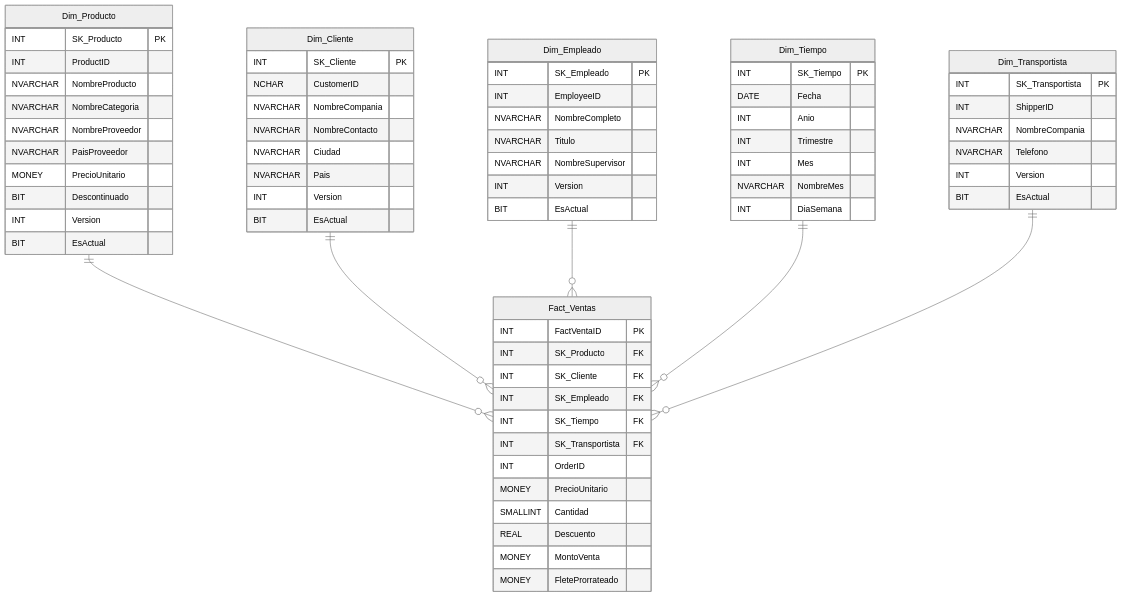
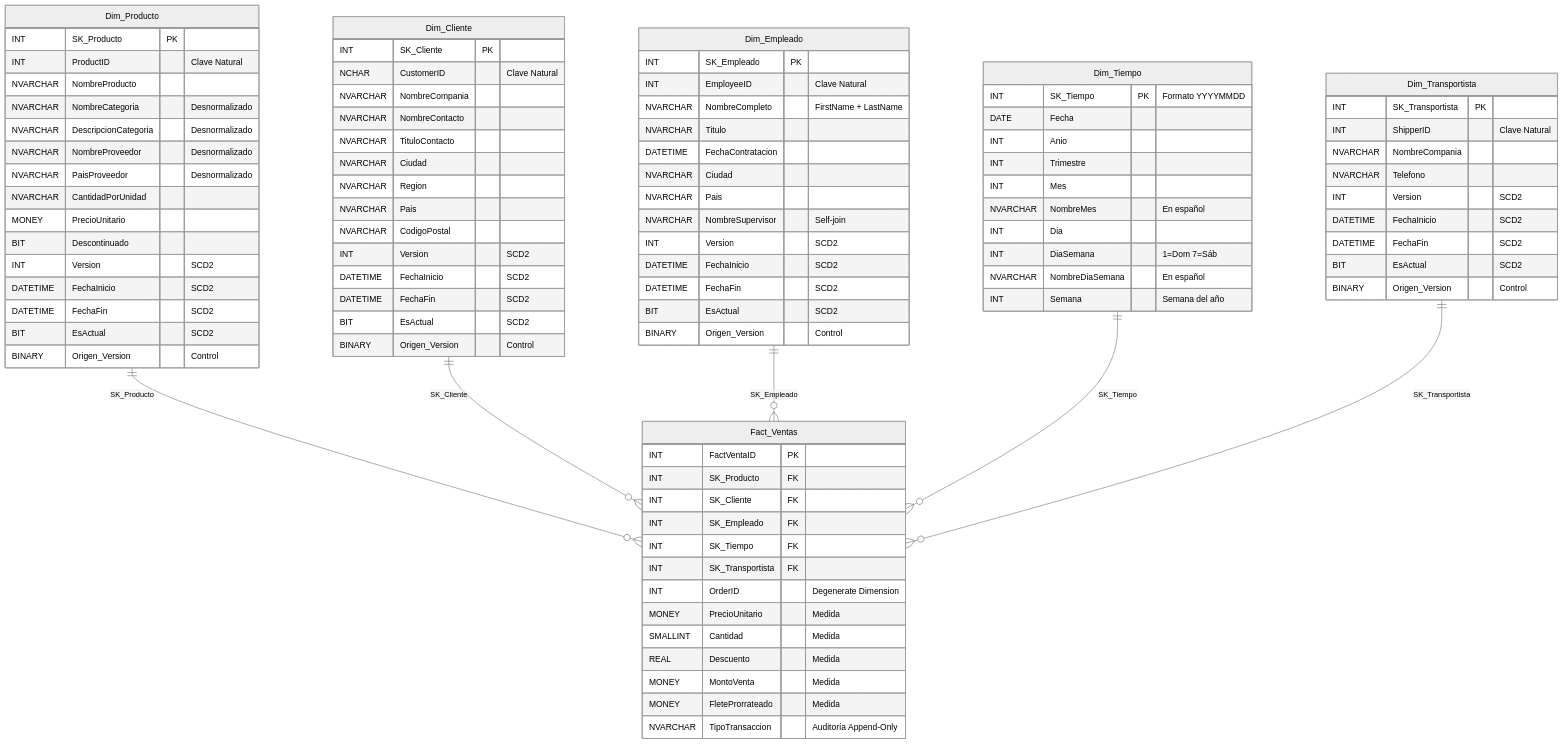
The second of 3 diagrams in README.md (halflores/NorthwindDW), drawn with Mermaid (neutral theme) before and after one commit. The commit also changed other lines of this file and 2 other files, not shown here.

````diff
--- a/README.md
+++ b/README.md
@@ -106,70 +114,94 @@
         INT SK_Empleado FK
         INT SK_Tiempo FK
         INT SK_Transportista FK
-        INT OrderID
-        MONEY PrecioUnitario
-        SMALLINT Cantidad
-        REAL Descuento
-        MONEY MontoVenta
-        MONEY FleteProrrateado
+        INT OrderID "Degenerate Dimension"
+        MONEY PrecioUnitario "Medida"
+        SMALLINT Cantidad "Medida"
+        REAL Descuento "Medida"
+        MONEY MontoVenta "Medida"
+        MONEY FleteProrrateado "Medida"
+        NVARCHAR TipoTransaccion "Auditoría Append-Only"
     }
 
     Dim_Producto {
         INT SK_Producto PK
-        INT ProductID
+        INT ProductID "Clave Natural"
         NVARCHAR NombreProducto
-        NVARCHAR NombreCategoria
-        NVARCHAR NombreProveedor
-        NVARCHAR PaisProveedor
+        NVARCHAR NombreCategoria "Desnormalizado"
+        NVARCHAR DescripcionCategoria "Desnormalizado"
+        NVARCHAR NombreProveedor "Desnormalizado"
+        NVARCHAR PaisProveedor "Desnormalizado"
+        NVARCHAR CantidadPorUnidad
         MONEY PrecioUnitario
         BIT Descontinuado
-        INT Version
-        BIT EsActual
+        INT Version "SCD2"
+        DATETIME FechaInicio "SCD2"
+        DATETIME FechaFin "SCD2"
+        BIT EsActual "SCD2"
+        BINARY Origen_Version "Control"
     }
 
     Dim_Cliente {
         INT SK_Cliente PK
-        NCHAR CustomerID
+        NCHAR CustomerID "Clave Natural"
         NVARCHAR NombreCompania
         NVARCHAR NombreContacto
+        NVARCHAR TituloContacto
         NVARCHAR Ciudad
+        NVARCHAR Region
         NVARCHAR Pais
-        INT Version
-        BIT EsActual
+        NVARCHAR CodigoPostal
+        INT Version "SCD2"
+        DATETIME FechaInicio "SCD2"
+        DATETIME FechaFin "SCD2"
+        BIT EsActual "SCD2"
+        BINARY Origen_Version "Control"
     }
 
     Dim_Empleado {
         INT SK_Empleado PK
-        INT EmployeeID
-        NVARCHAR NombreCompleto
+        INT EmployeeID "Clave Natural"
+        NVARCHAR NombreCompleto "FirstName + LastName"
         NVARCHAR Titulo
-        NVARCHAR NombreSupervisor
-        INT Version
-        BIT EsActual
+        DATETIME FechaContratacion
+        NVARCHAR Ciudad
+        NVARCHAR Pais
+        NVARCHAR NombreSupervisor "Self-join"
+        INT Version "SCD2"
+        DATETIME FechaInicio "SCD2"
+        DATETIME FechaFin "SCD2"
+        BIT EsActual "SCD2"
+        BINARY Origen_Version "Control"
     }
 
     Dim_Tiempo {
-        INT SK_Tiempo PK
+        INT SK_Tiempo PK "Formato YYYYMMDD"
         DATE Fecha
         INT Anio
         INT Trimestre
         INT Mes
-        NVARCHAR NombreMes
-        INT DiaSemana
+        NVARCHAR NombreMes "En español"
+        INT Dia
+        INT DiaSemana "1=Dom 7=Sáb"
+        NVARCHAR NombreDiaSemana "En español"
+        INT Semana "Semana del año"
     }
 
     Dim_Transportista {
         INT SK_Transportista PK
-        INT ShipperID
+        INT ShipperID "Clave Natural"
         NVARCHAR NombreCompania
         NVARCHAR Telefono
-        INT Version
-        BIT EsActual
+        INT Version "SCD2"
+        DATETIME FechaInicio "SCD2"
+        DATETIME FechaFin "SCD2"
+        BIT EsActual "SCD2"
+        BINARY Origen_Version "Control"
     }
 
-    Dim_Producto ||--o{ Fact_Ventas : ""
-    Dim_Cliente ||--o{ Fact_Ventas : ""
-    Dim_Empleado ||--o{ Fact_Ventas : ""
-    Dim_Tiempo ||--o{ Fact_Ventas : ""
-    Dim_Transportista ||--o{ Fact_Ventas : ""
+    Dim_Producto ||--o{ Fact_Ventas : "SK_Producto"
+    Dim_Cliente ||--o{ Fact_Ventas : "SK_Cliente"
+    Dim_Empleado ||--o{ Fact_Ventas : "SK_Empleado"
+    Dim_Tiempo ||--o{ Fact_Ventas : "SK_Tiempo"
+    Dim_Transportista ||--o{ Fact_Ventas : "SK_Transportista"
 ```
````
